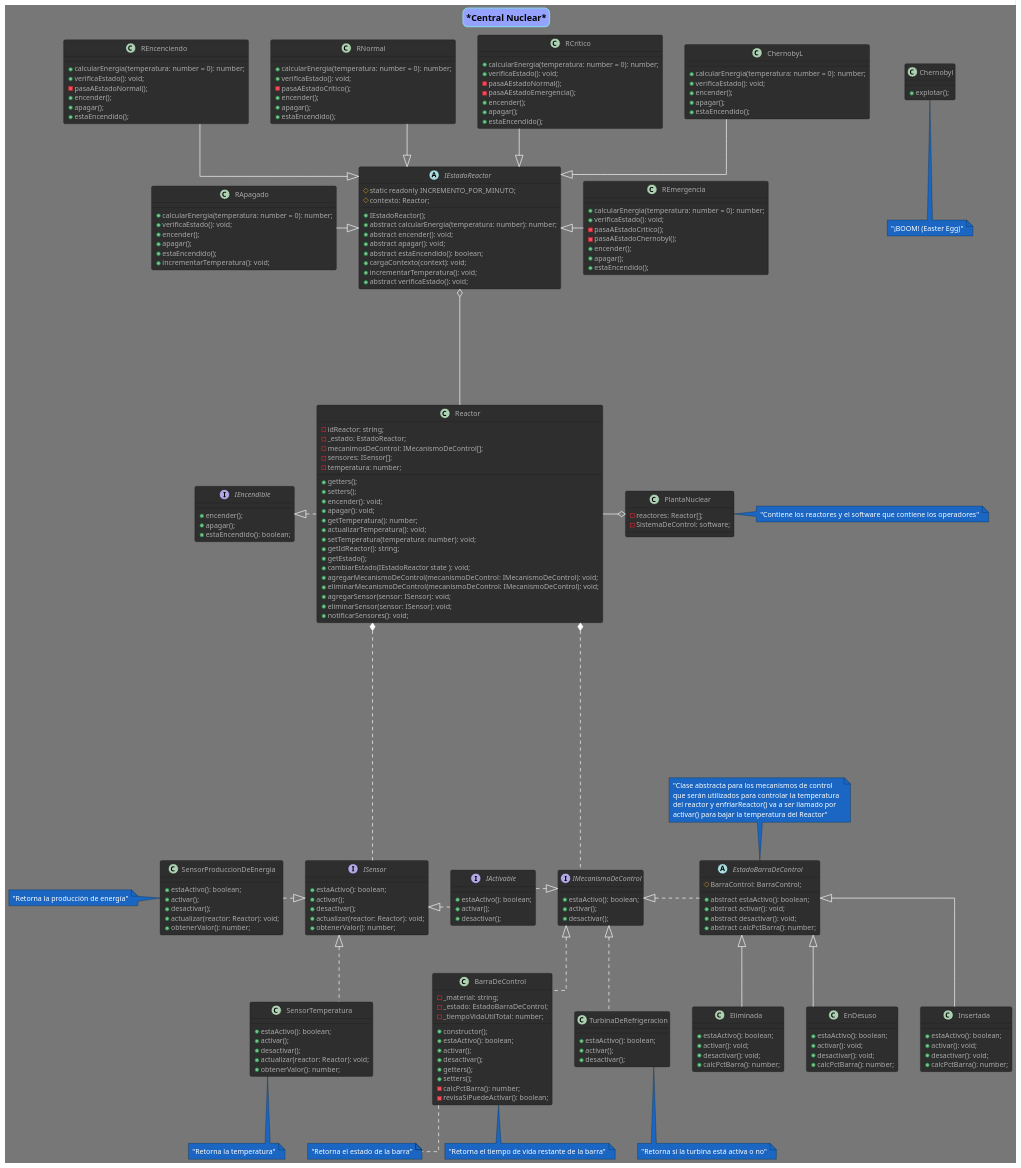
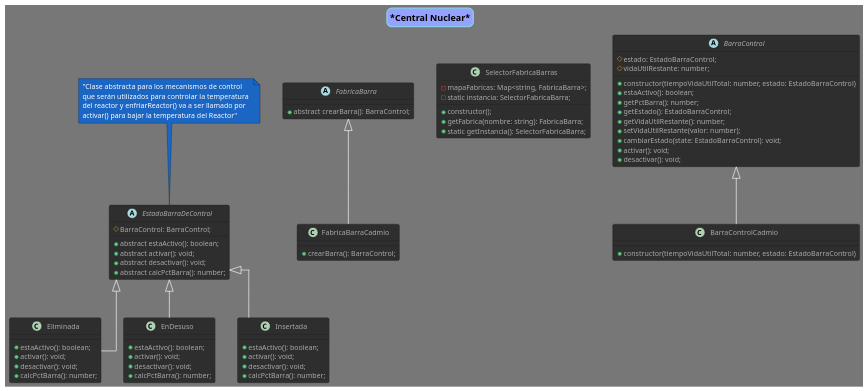
Before and after one commit to fmiguezo/reactor_nuclear: the diagram in diagrams/clases_central_nuclear.puml, drawn with PlantUML. The commit also changed other lines of this file, not shown here.

Commit message:
agregadas clases de barras

```diff
--- a/diagrams/clases_central_nuclear.puml
+++ b/diagrams/clases_central_nuclear.puml
@@ -11,175 +11,7 @@
 skinparam titleBorderColor skyBlue
 skinparam titleBackgroundColor #96a2ff
 
-' Planta nuclear
-class PlantaNuclear {
-    - reactores: Reactor[];
-    - SistemaDeControl: software;
-}
 
-' Reactor
-class Reactor{
-    - idReactor: string;
-    - _estado: EstadoReactor;
-    - mecanimosDeControl: IMecanismoDeControl[];
-    - sensores: ISensor[];
-    - temperatura: number;
-    + getters();
-    + setters();
-    + encender(): void;
-    + apagar(): void;
-    + getTemperatura(): number;
-    + actualizarTemperatura(): void;
-    + setTemperatura(temperatura: number): void;
-    + getIdReactor(): string;
-    + getEstado();
-    + cambiarEstado(IEstadoReactor state ): void;
-    + agregarMecanismoDeControl(mecanismoDeControl: IMecanismoDeControl): void;
-    + eliminarMecanismoDeControl(mecanismoDeControl: IMecanismoDeControl): void;
-    + agregarSensor(sensor: ISensor): void;
-    + eliminarSensor(sensor: ISensor): void;
-    + notificarSensores(): void;
-}
-
-abstract class IEstadoReactor {
-    # static readonly INCREMENTO_POR_MINUTO;
-    # contexto: Reactor;
-    + IEstadoReactor();
-    + abstract calcularEnergia(temperatura: number): number;
-    + abstract encender(): void;
-    + abstract apagar(): void;
-    + abstract estaEncendido(): boolean;
-    + cargaContexto(context): void;
-    + incrementarTemperatura(): void;
-    + abstract verificaEstado(): void;
-}
-
-class ChernobyL
-{
-    + calcularEnergia(temperatura: number = 0): number;
-    + verificaEstado(): void;
-    + encender();
-    + apagar();
-    + estaEncendido();
-}
-
-class RApagado
-{
-    + calcularEnergia(temperatura: number = 0): number;
-    + verificaEstado(): void;
-    + encender();
-    + apagar();
-    + estaEncendido();
-    + incrementarTemperatura(): void;
-}
-
-class RCritico
-{
-    + calcularEnergia(temperatura: number = 0): number;
-    + verificaEstado(): void;
-    - pasaAEstadoNormal();
-    - pasaAEstadoEmergencia();
-    + encender();
-    + apagar();
-    + estaEncendido();
-}
-
-class REmergencia
-{
-    + calcularEnergia(temperatura: number = 0): number;
-    + verificaEstado(): void;
-    - pasaAEstadoCritico();
-    - pasaAEstadoChernobyl();
-    + encender();
-    + apagar();
-    + estaEncendido();
-}
-
-class REncenciendo
-{
-    + calcularEnergia(temperatura: number = 0): number;
-    + verificaEstado(): void;
-    - pasaAEstadoNormal();
-    + encender();
-    + apagar();
-    + estaEncendido();
-}
-
-class RNormal
-{
-    + calcularEnergia(temperatura: number = 0): number;
-    + verificaEstado(): void;
-    - pasaAEstadoCritico();
-    + encender();
-    + apagar();
-    + estaEncendido();
-}
-
-'Interfaces generales
-interface IEncendible {
-    + encender();
-    + apagar();
-    + estaEncendido(): boolean;
-}
-
-interface IActivable {
-    + estaActivo(): boolean;
-    + activar();
-    + desactivar();
-}
-
-
-'Sensores
-interface ISensor{
-    + estaActivo(): boolean;
-    + activar();
-    + desactivar();
-    + actualizar(reactor: Reactor): void;
-    + obtenerValor(): number;
-}
-
-class SensorTemperatura{
-    ' lee en °C
-    + estaActivo(): boolean;
-    + activar();
-    + desactivar();
-    + actualizar(reactor: Reactor): void;
-    + obtenerValor(): number;
-}
-
-class SensorProduccionDeEnergia {
-    ' lee en watts
-    + estaActivo(): boolean;
-    + activar();
-    + desactivar();
-    + actualizar(reactor: Reactor): void;
-    + obtenerValor(): number;
-}
-
-' Mecanismos de control
-interface IMecanismoDeControl{
-    + estaActivo(): boolean;
-    + activar();
-    + desactivar();
-}
-
-'' Barra de control
-class BarraDeControl implements IMecanismoDeControl {
-    - _material: string;
-    - _estado: EstadoBarraDeControl;
-    - _tiempoVidaUtilTotal: number;
-    + constructor();
-    + estaActivo(): boolean;
-    'insertar barra
-    + activar();
-    ' quitar barra
-    + desactivar();
-    + getters();
-    + setters();
-    - calcPctBarra(): number;
-    - revisaSiPuedeActivar(): boolean;
-
-}
 
 abstract class EstadoBarraDeControl {
     #BarraControl: BarraControl;
@@ -211,51 +43,53 @@
     +calcPctBarra(): number;
 }
 
-'' Turbina de refrigeración
-class TurbinaDeRefrigeracion implements IMecanismoDeControl {
-    + estaActivo(): boolean;
-    + activar();
-    + desactivar();
+abstract class FabricaBarra {
+    +abstract crearBarra(): BarraControl;
 }
 
+class FabricaBarraCadmio {
+    +crearBarra(): BarraControl;
+}
 
-' Easter egg...
+class SelectorFabricaBarras {
+    -mapaFabricas: Map<string, FabricaBarra>;
+    -static instancia: SelectorFabricaBarra;
 
-class Chernobyl {
-    + explotar();
+    +constructor();
+    +getFabrica(nombre: string): FabricaBarra;
+    +static getInstancia(): SelectorFabricaBarra;
+}
+
+abstract class BarraControl {
+    #estado: EstadoBarraControl;
+    #vidaUtilRestante: number;
+
+    +constructor(tiempoVidaUtilTotal: number, estado: EstadoBarraControl)
+    +estaActivo(): boolean;
+    +getPctBarra(): number;
+    +getEstado(): EstadoBarraControl;
+    +getVidaUtilRestante(): number;
+    +setVidaUtilRestante(valor: number);
+    +cambiarEstado(state: EstadoBarraControl): void;
+    +activar(): void;
+    +desactivar(): void;
+}
+
+class BarraControlCadmio {
+    +constructor(tiempoVidaUtilTotal: number, estado: EstadoBarraControl)
 }
 
 'Relaciones
 EstadoBarraDeControl <|-- Eliminada
 EstadoBarraDeControl <|-- EnDesuso
 EstadoBarraDeControl <|-- Insertada
-Reactor -r-o PlantaNuclear
-Reactor *..... ISensor
-Reactor *...... IMecanismoDeControl
-IActivable -[hidden]r- IMecanismoDeControl
-IActivable -[hidden]l- ISensor
-IEstadoReactor o---- Reactor
-IEstadoReactor  <|-u- ChernobyL
-IEstadoReactor  <|-u- RCritico
-IEstadoReactor  <|-r- REmergencia
-IEstadoReactor  <|-u- RNormal
-IEstadoReactor  <|-u- REncenciendo
-IEstadoReactor  <|-l- RApagado
-IEncendible  <|.r. Reactor
-ISensor <|.l. SensorProduccionDeEnergia
-ISensor <|.. SensorTemperatura
-ISensor <|........ IActivable
-IMecanismoDeControl <|........ IActivable
-EstadoBarraDeControl .l.|> IMecanismoDeControl
+
+FabricaBarra <|-- FabricaBarraCadmio
+
+BarraControl <|-- BarraControlCadmio
 
 
 'Notas
-note bottom of SensorTemperatura: "Retorna la temperatura"
-note left of SensorProduccionDeEnergia: "Retorna la producción de energía"
-note bottom of BarraDeControl: "Retorna el estado de la barra"
-note bottom of BarraDeControl: "Retorna el tiempo de vida restante de la barra"
-note bottom of TurbinaDeRefrigeracion: "Retorna si la turbina está activa o no"
-note bottom of Chernobyl: "¡BOOM! (Easter Egg)"
-note right of PlantaNuclear: "Contiene los reactores y el software que contiene los operadores"
 note top of EstadoBarraDeControl: "Clase abstracta para los mecanismos de control \nque serán utilizados para controlar la temperatura \ndel reactor y enfriarReactor() va a ser llamado por \nactivar() para bajar la temperatura del Reactor"
+
 @enduml
```
